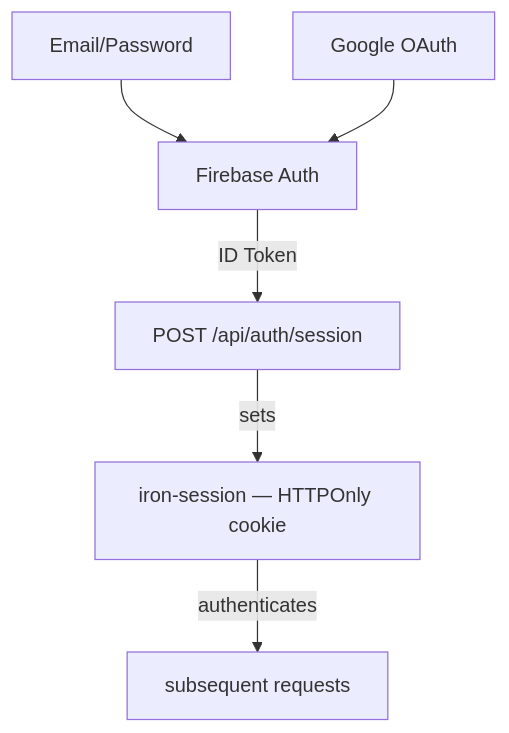
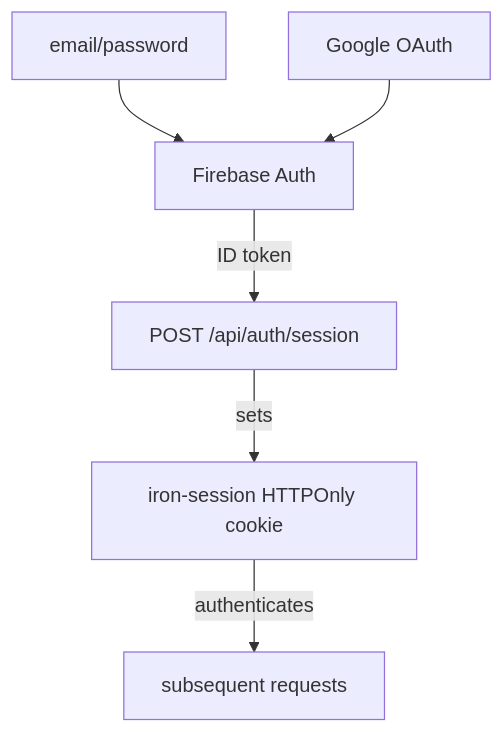
Before and after one commit to tridant-io/owlette: the sixth of 11 diagrams in web/content/docs/architecture.mdx, drawn with Mermaid. The commit also changed other lines of this file and 98 other files, not shown here.

````diff
--- a/web/content/docs/architecture.mdx
+++ b/web/content/docs/architecture.mdx
@@ -208,8 +313,8 @@
 ```mermaid
 flowchart TD
-    EP["Email/Password"] --> FA["Firebase Auth"]
+    EP["email/password"] --> FA["Firebase Auth"]
     GO["Google OAuth"] --> FA
-    FA -->|"ID Token"| Session["POST /api/auth/session"]
-    Session -->|"sets"| Cookie["iron-session — HTTPOnly cookie"]
+    FA -->|"ID token"| Session["POST /api/auth/session"]
+    Session -->|"sets"| Cookie["iron-session HTTPOnly cookie"]
     Cookie -->|"authenticates"| Requests["subsequent requests"]
 ```
````
